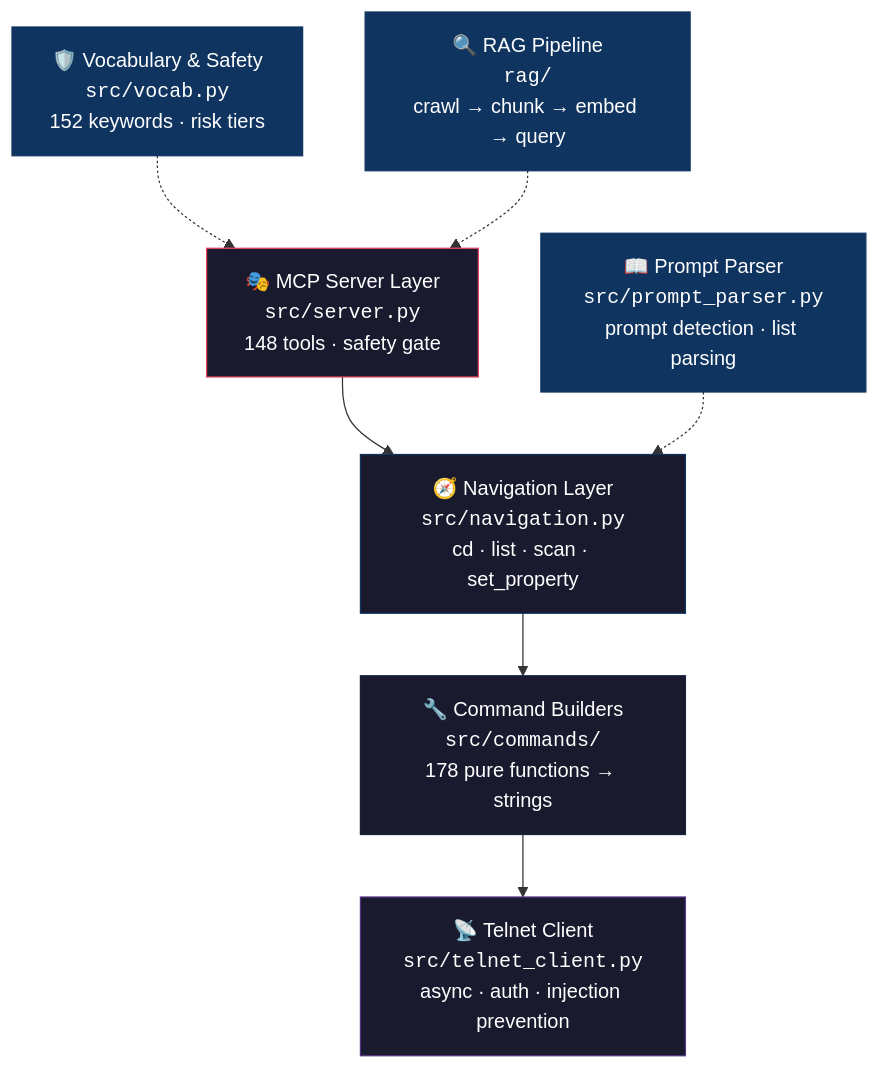
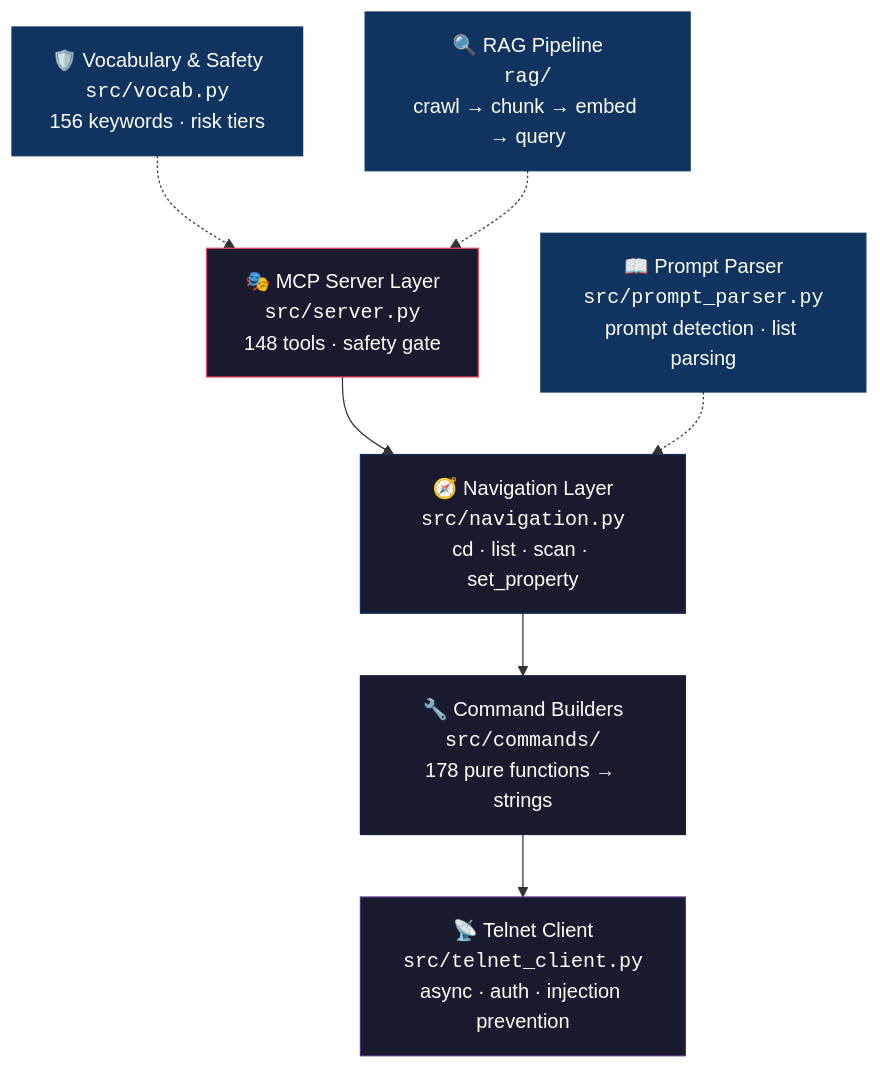
Before and after one commit to thisis-romar/ma2-onPC-MCP: the first of 3 diagrams in README.md, drawn with Mermaid. The commit also changed other lines of this file and 1 other file, not shown here.

````diff
--- a/README.md
+++ b/README.md
@@ -55,19 +55,19 @@
 ```mermaid
 graph TD
     A["🎭 MCP Server Layer<br/><code>src/server.py</code><br/>148 tools · safety gate"] --> B
     B["🧭 Navigation Layer<br/><code>src/navigation.py</code><br/>cd · list · scan · set_property"] --> C
     C["🔧 Command Builders<br/><code>src/commands/</code><br/>178 pure functions → strings"] --> D
     D["📡 Telnet Client<br/><code>src/telnet_client.py</code><br/>async · auth · injection prevention"]
 
     E["📖 Prompt Parser<br/><code>src/prompt_parser.py</code><br/>prompt detection · list parsing"] -.-> B
-    F["🛡️ Vocabulary & Safety<br/><code>src/vocab.py</code><br/>152 keywords · risk tiers"] -.-> A
+    F["🛡️ Vocabulary & Safety<br/><code>src/vocab.py</code><br/>156 keywords · risk tiers"] -.-> A
     G["🔍 RAG Pipeline<br/><code>rag/</code><br/>crawl → chunk → embed → query"] -.-> A
 
     style A fill:#1a1a2e,stroke:#e94560,color:#fff
     style B fill:#1a1a2e,stroke:#0f3460,color:#fff
     style C fill:#1a1a2e,stroke:#16213e,color:#fff
     style D fill:#1a1a2e,stroke:#533483,color:#fff
     style E fill:#0f3460,stroke:#0f3460,color:#fff
     style F fill:#0f3460,stroke:#0f3460,color:#fff
     style G fill:#0f3460,stroke:#0f3460,color:#fff
 ```
````
